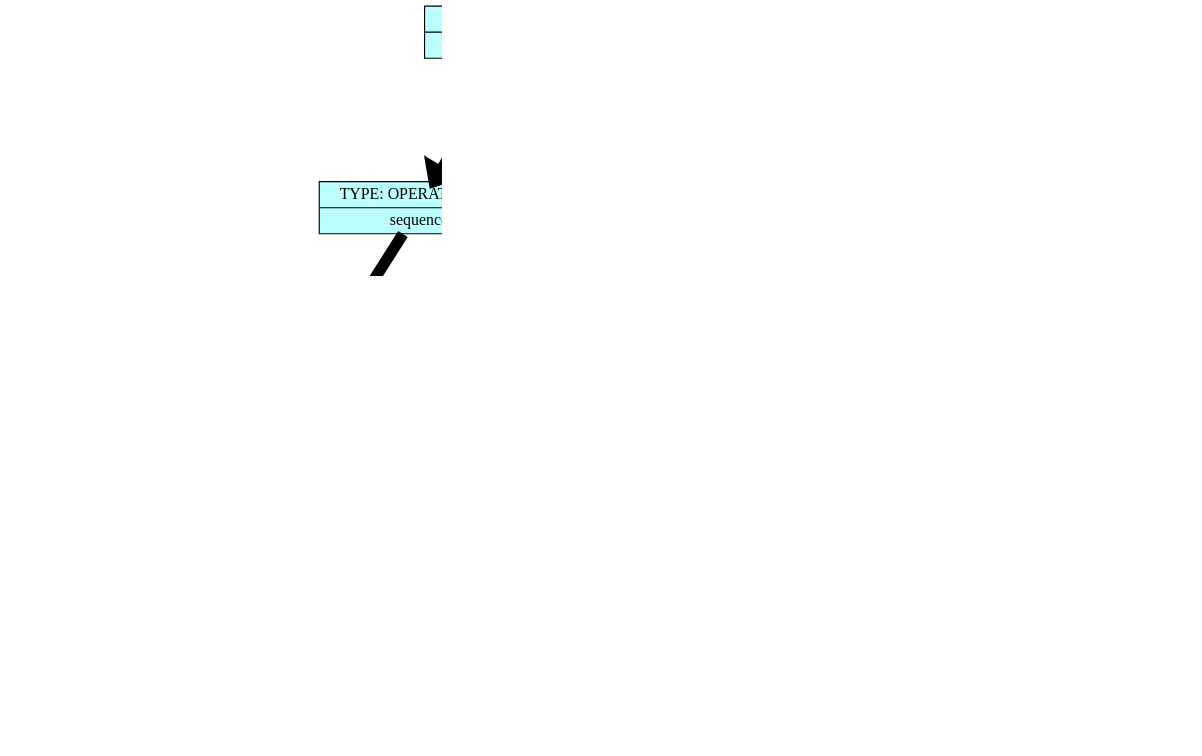
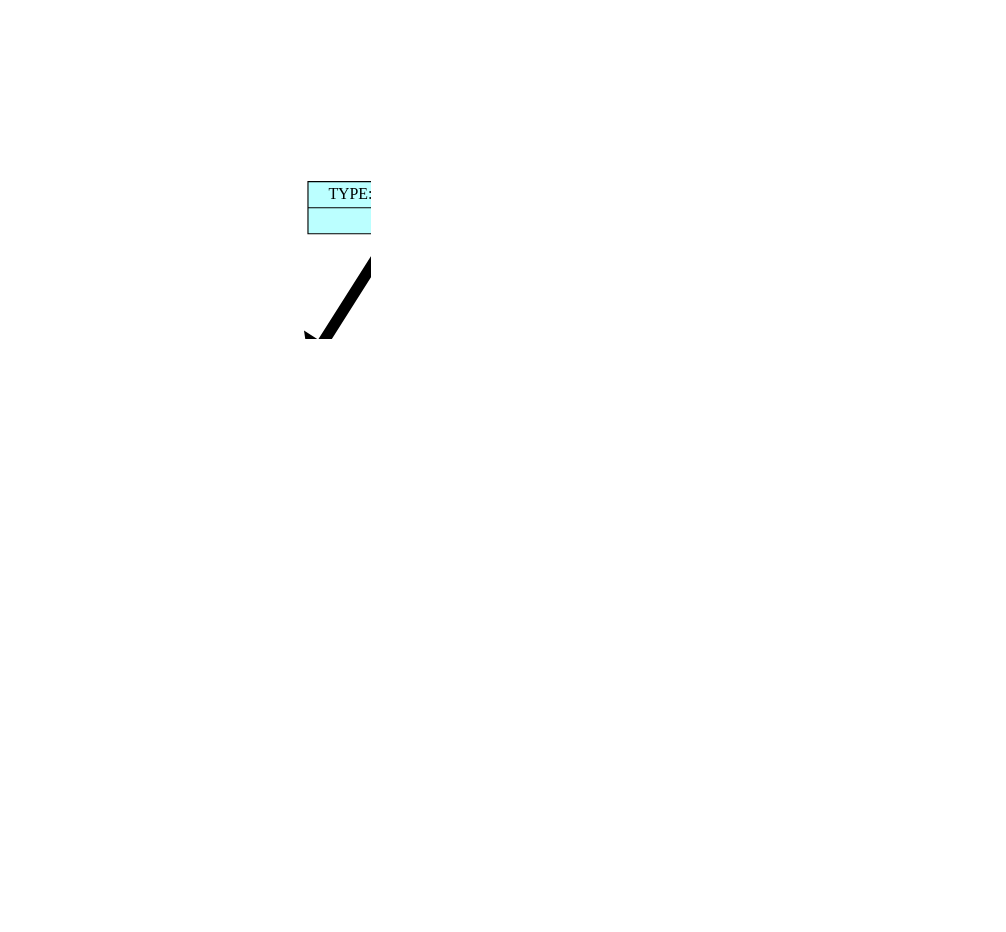
One commit to Troll0ton/Trollanguage changed the diagram in backend/dump/list_graph.dot. Above: the diagram before and after it, drawn with Graphviz. The commit also changed 23 other files, not shown here.

```diff
--- a/backend/dump/list_graph.dot
+++ b/backend/dump/list_graph.dot
@@ -1,50 +1,44 @@
 digraph structs {    
 rankdir = TB;        
 graph [dpi = 200];   
 ranksep = 1.5;       
 edge[penwidth = 10]; 
 cell0 [style = filled, color = black, shape=record, 
 fillcolor = paleturquoise1, label = " { <ptr> TYPE: OPERATION (0) | sequence} " ];                         
 cell1 [style = filled, color = black, shape=record, 
 fillcolor = paleturquoise1, label = " { <ptr> TYPE: OPERATION (0) | sequence} " ];                         
 cell2 [style = filled, color = black, shape=record, 
 fillcolor = paleturquoise1, label = " { <ptr> TYPE: OPERATION (0) | assignment} " ];                         
 cell3 [style = filled, color = black, shape=record, 
 fillcolor = darkolivegreen2, label = " { <ptr> TYPE: VARIABLE (0) | x} " ];                         
 cell4 [style = filled, color = black, shape=record, 
+fillcolor = coral2, label = " { <ptr> TYPE: NUMERIC (0) | 5} " ];                         
+cell5 [style = filled, color = black, shape=record, 
+fillcolor = paleturquoise1, label = " { <ptr> TYPE: OPERATION (0) | while} " ];                         
+cell6 [style = filled, color = black, shape=record, 
+fillcolor = darkolivegreen2, label = " { <ptr> TYPE: VARIABLE (0) | x} " ];                         
+cell7 [style = filled, color = black, shape=record, 
+fillcolor = paleturquoise1, label = " { <ptr> TYPE: OPERATION (0) | assignment} " ];                         
+cell8 [style = filled, color = black, shape=record, 
+fillcolor = darkolivegreen2, label = " { <ptr> TYPE: VARIABLE (0) | x} " ];                         
+cell9 [style = filled, color = black, shape=record, 
 fillcolor = paleturquoise1, label = " { <ptr> TYPE: OPERATION (0) | sub} " ];                         
-cell5 [style = filled, color = black, shape=record, 
-fillcolor = coral2, label = " { <ptr> TYPE: NUMERIC (0) | 300} " ];                         
-cell6 [style = filled, color = black, shape=record, 
-fillcolor = coral2, label = " { <ptr> TYPE: NUMERIC (0) | 100} " ];                         
-cell7 [style = filled, color = black, shape=record, 
-fillcolor = paleturquoise1, label = " { <ptr> TYPE: OPERATION (0) | if} " ];                         
-cell8 [style = filled, color = black, shape=record, 
-fillcolor = paleturquoise1, label = " { <ptr> TYPE: OPERATION (0) | sub} " ];                         
-cell9 [style = filled, color = black, shape=record, 
+cell10 [style = filled, color = black, shape=record, 
 fillcolor = darkolivegreen2, label = " { <ptr> TYPE: VARIABLE (0) | x} " ];                         
-cell10 [style = filled, color = black, shape=record, 
-fillcolor = coral2, label = " { <ptr> TYPE: NUMERIC (0) | 200} " ];                         
 cell11 [style = filled, color = black, shape=record, 
-fillcolor = paleturquoise1, label = " { <ptr> TYPE: OPERATION (0) | assignment} " ];                         
+fillcolor = coral2, label = " { <ptr> TYPE: NUMERIC (0) | 1} " ];                         
 cell12 [style = filled, color = black, shape=record, 
-fillcolor = darkolivegreen2, label = " { <ptr> TYPE: VARIABLE (0) | y} " ];                         
-cell13 [style = filled, color = black, shape=record, 
-fillcolor = coral2, label = " { <ptr> TYPE: NUMERIC (0) | 159} " ];                         
-cell14 [style = filled, color = black, shape=record, 
-fillcolor = darkolivegreen2, label = " { <ptr> TYPE: VARIABLE (0) | y} " ];                         
+fillcolor = darkolivegreen2, label = " { <ptr> TYPE: VARIABLE (0) | x} " ];                         
 cell0 -> cell1;
 cell1 -> cell2;
 cell2 -> cell3;
 cell2 -> cell4;
-cell4 -> cell5;
-cell4 -> cell6;
-cell1 -> cell7;
+cell1 -> cell5;
+cell5 -> cell6;
+cell5 -> cell7;
 cell7 -> cell8;
-cell8 -> cell9;
-cell8 -> cell10;
-cell7 -> cell11;
-cell11 -> cell12;
-cell11 -> cell13;
-cell0 -> cell14;
+cell7 -> cell9;
+cell9 -> cell10;
+cell9 -> cell11;
+cell0 -> cell12;
 }
```
